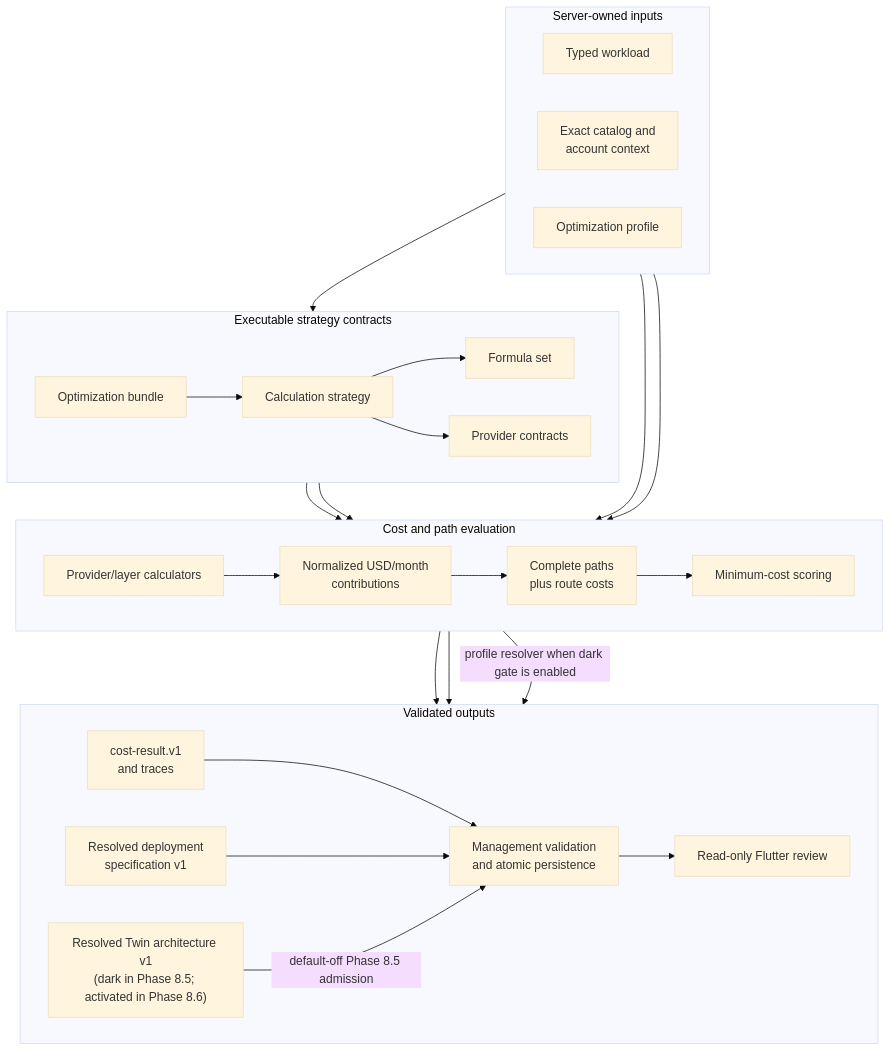
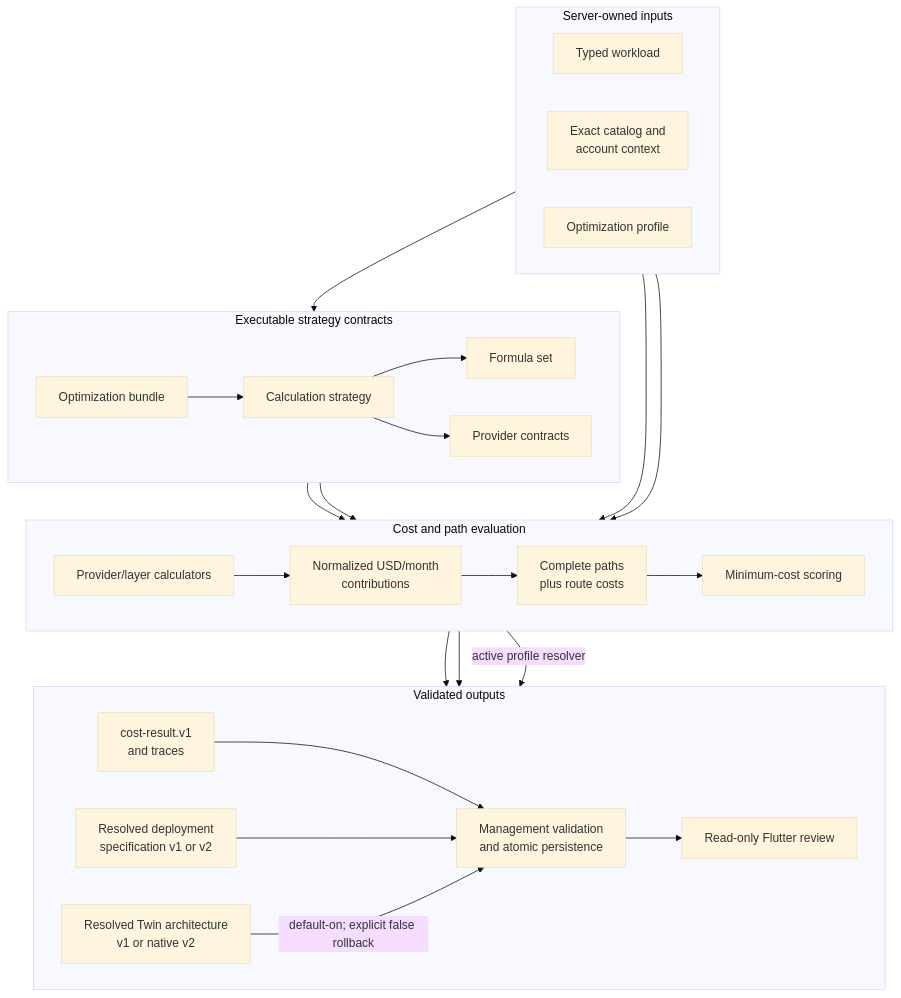
Before and after one commit to TVJunkie724/master-thesis: the third of 4 diagrams in docs-site/docs/contracts-and-data-flow/pricing-optimization.md, drawn with Mermaid (base theme). The commit also changed other lines of this file and 209 other files, not shown here.

````diff
--- a/docs-site/docs/contracts-and-data-flow/pricing-optimization.md
+++ b/docs-site/docs/contracts-and-data-flow/pricing-optimization.md
@@ -54,43 +81,43 @@
 ```mermaid
 flowchart TD
     subgraph Inputs["Server-owned inputs"]
         direction LR
         Workload["Typed workload"]
         Context["Exact catalog and<br/>account context"]
         Profile["Optimization profile"]
     end
 
     subgraph Contracts["Executable strategy contracts"]
         direction LR
         Bundle["Optimization bundle"] --> Strategy["Calculation strategy"]
         Strategy --> FormulaSet["Formula set"]
         Strategy --> ProviderContracts["Provider contracts"]
     end
 
     subgraph Evaluation["Cost and path evaluation"]
         direction LR
         Calculators["Provider/layer calculators"] --> Contributions["Normalized USD/month<br/>contributions"]
         Contributions --> Paths["Complete paths<br/>plus route costs"] --> Scoring["Minimum-cost scoring"]
     end
 
     subgraph Outputs["Validated outputs"]
         direction LR
         Result["cost-result.v1<br/>and traces"]
-        Specification["Resolved deployment<br/>specification v1"]
-        Architecture["Resolved Twin architecture v1<br/>(dark in Phase 8.5; activated in Phase 8.6)"]
+        Specification["Resolved deployment<br/>specification v1 or v2"]
+        Architecture["Resolved Twin architecture<br/>v1 or native v2"]
         Management["Management validation<br/>and atomic persistence"]
         Flutter["Read-only Flutter review"]
     end
 
     Profile --> Bundle
     Workload --> Calculators
     Context --> Calculators
     FormulaSet --> Calculators
     ProviderContracts --> Calculators
     Scoring --> Result
     Scoring --> Specification
-    Scoring -->|"profile resolver when dark gate is enabled"| Architecture
+    Scoring -->|"active profile resolver"| Architecture
     Result --> Management
     Specification --> Management --> Flutter
-    Architecture -->|"default-off Phase 8.5 admission"| Management
+    Architecture -->|"default-on; explicit false rollback"| Management
 ```
````
